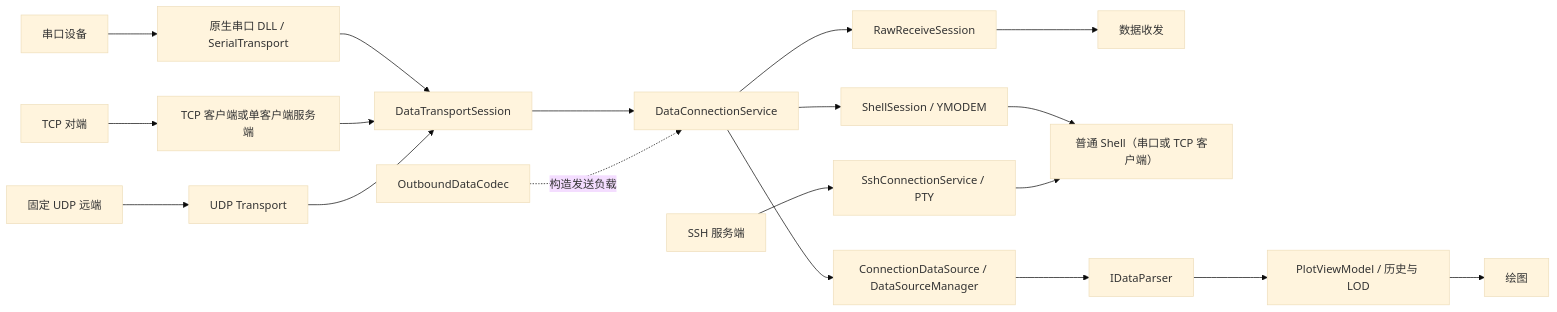
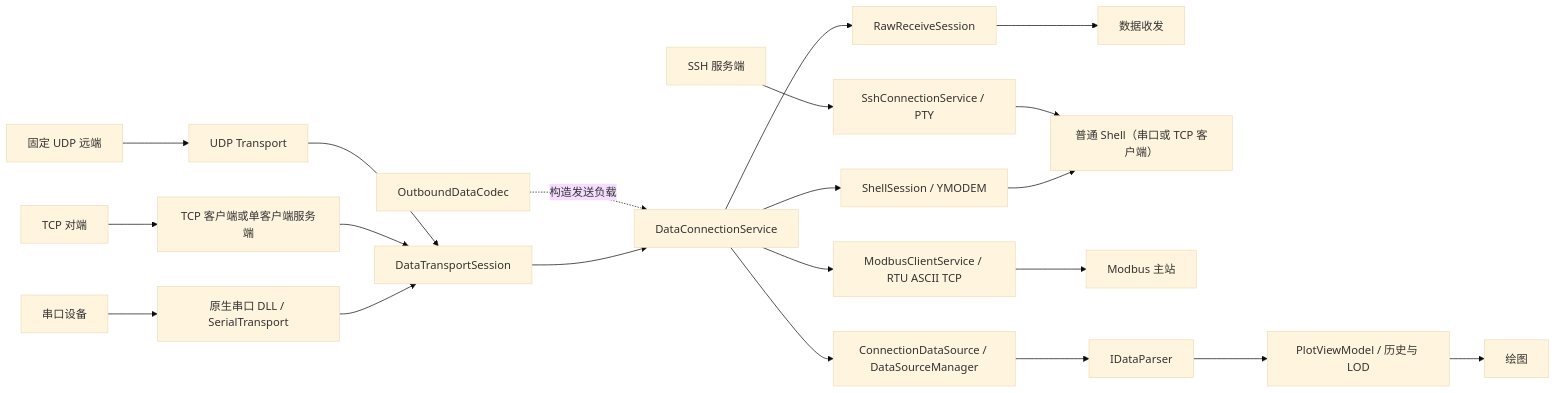
One commit to ZhiJuan0724/vscope_serial changed the first of 3 diagrams in DEVELOPMENT.md. Above: the diagram before and after it, drawn with Mermaid (base theme). The commit also changed other lines of this file and 15 other files, not shown here.

First line of the commit message:
feat(modbus): 新增 RTU ASCII TCP 主站页面

````diff
--- a/DEVELOPMENT.md
+++ b/DEVELOPMENT.md
@@ -80,19 +80,20 @@
 ```mermaid
 flowchart LR
     serialDevice["串口设备"] --> nativeSerial["原生串口 DLL / SerialTransport"]
     tcpPeer["TCP 对端"] --> tcpTransport["TCP 客户端或单客户端服务端"]
     udpPeer["固定 UDP 远端"] --> udpTransport["UDP Transport"]
 
     nativeSerial --> session["DataTransportSession"]
     tcpTransport --> session
     udpTransport --> session
 
     session --> connectionService["DataConnectionService"]
     connectionService --> rawSession["RawReceiveSession"] --> rawPage["数据收发"]
     connectionService --> shellSession["ShellSession / YMODEM"] --> shellPage["普通 Shell（串口或 TCP 客户端）"]
+    connectionService --> modbusService["ModbusClientService / RTU ASCII TCP"] --> modbusPage["Modbus 主站"]
     sshPeer["SSH 服务端"] --> sshService["SshConnectionService / PTY"] --> shellPage
     connectionService --> dataSource["ConnectionDataSource / DataSourceManager"] --> parser["IDataParser"]
     parser --> plotVm["PlotViewModel / 历史与 LOD"] --> plotPage["绘图"]
 
     outbound["OutboundDataCodec"] -. 构造发送负载 .-> connectionService
 ```
````
